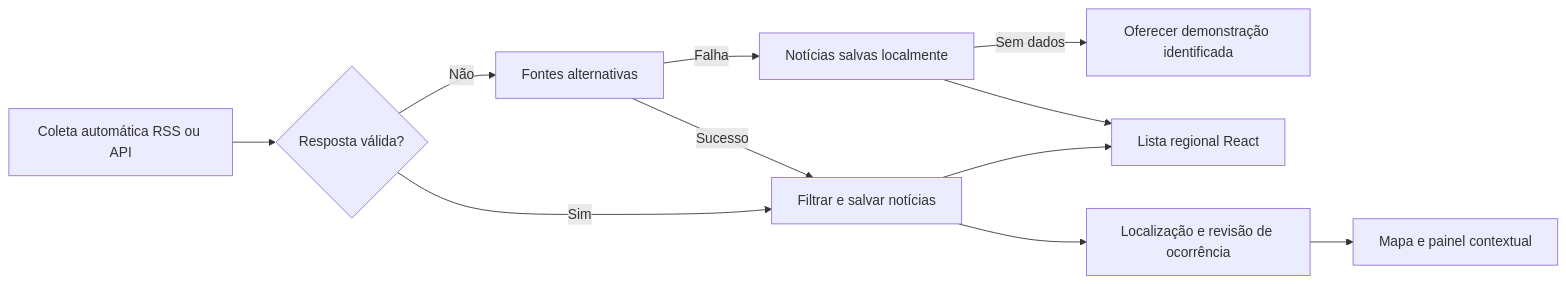
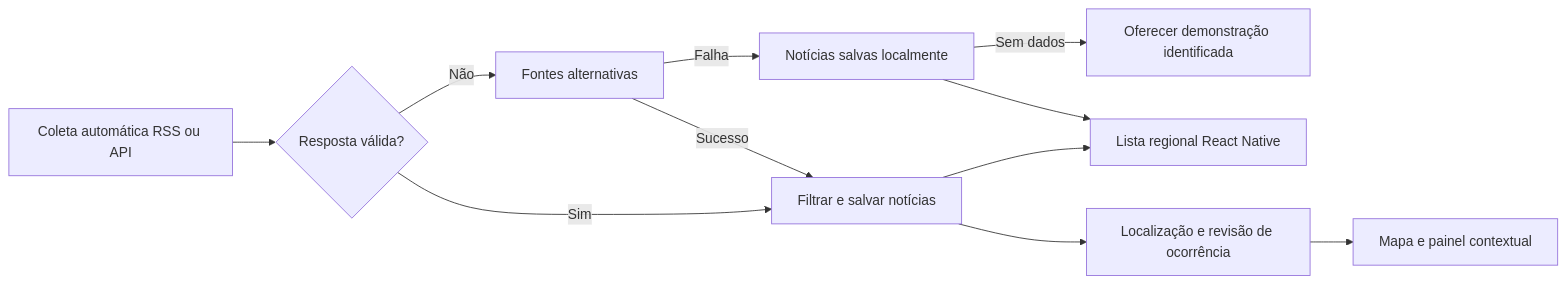
The diagram in 05-integracao-noticias.md (Lopezez-git/saferide), drawn with Mermaid before and after one commit. The commit also changed other lines of this file and 6 other files, not shown here.

Commit message:
docs: adotar app React Native com Spring Boot

````diff
--- a/05-integracao-noticias.md
+++ b/05-integracao-noticias.md
@@ -19,13 +19,13 @@
 ```mermaid
 flowchart LR
     A[Coleta automática RSS ou API] --> B{Resposta válida?}
     B -->|Sim| C[Filtrar e salvar notícias]
     B -->|Não| D[Fontes alternativas]
     D -->|Sucesso| C
     D -->|Falha| E[Notícias salvas localmente]
     E -->|Sem dados| F[Oferecer demonstração identificada]
-    C --> G[Lista regional React]
+    C --> G[Lista regional React Native]
     E --> G
     C --> H[Localização e revisão de ocorrência]
     H --> I[Mapa e painel contextual]
 ```
````
